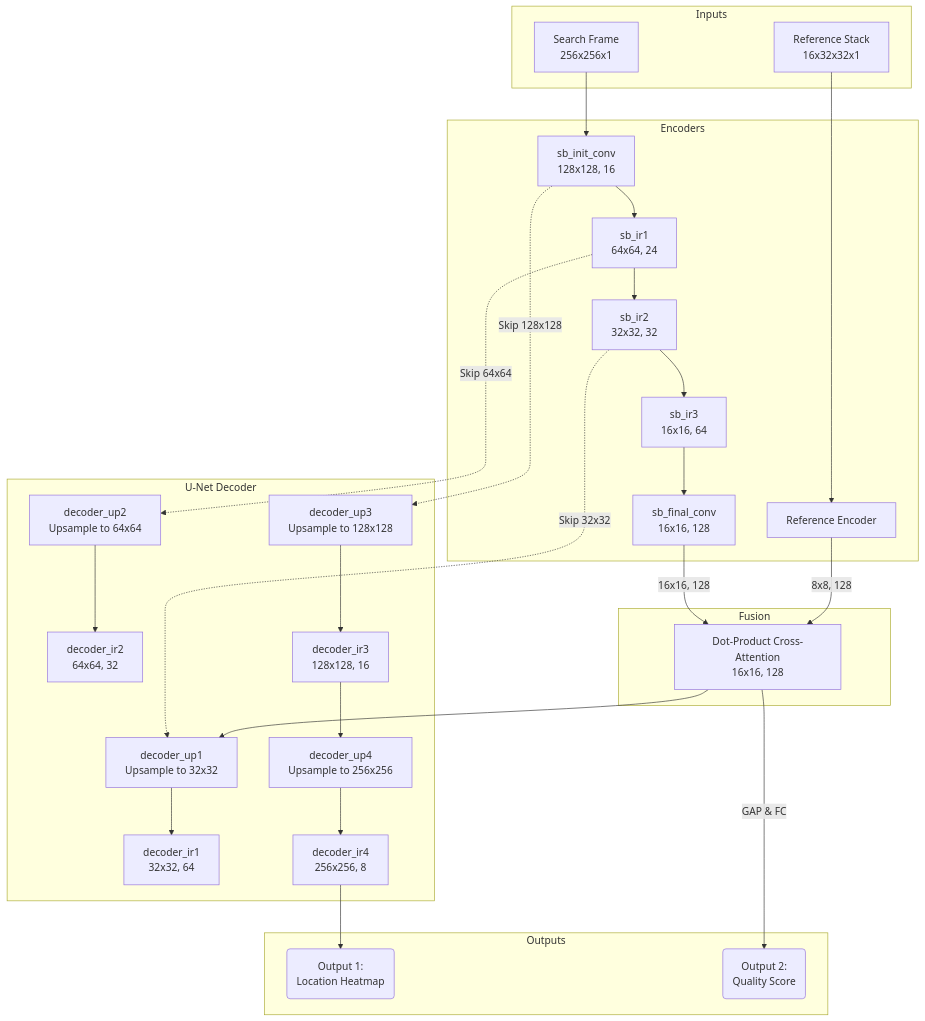
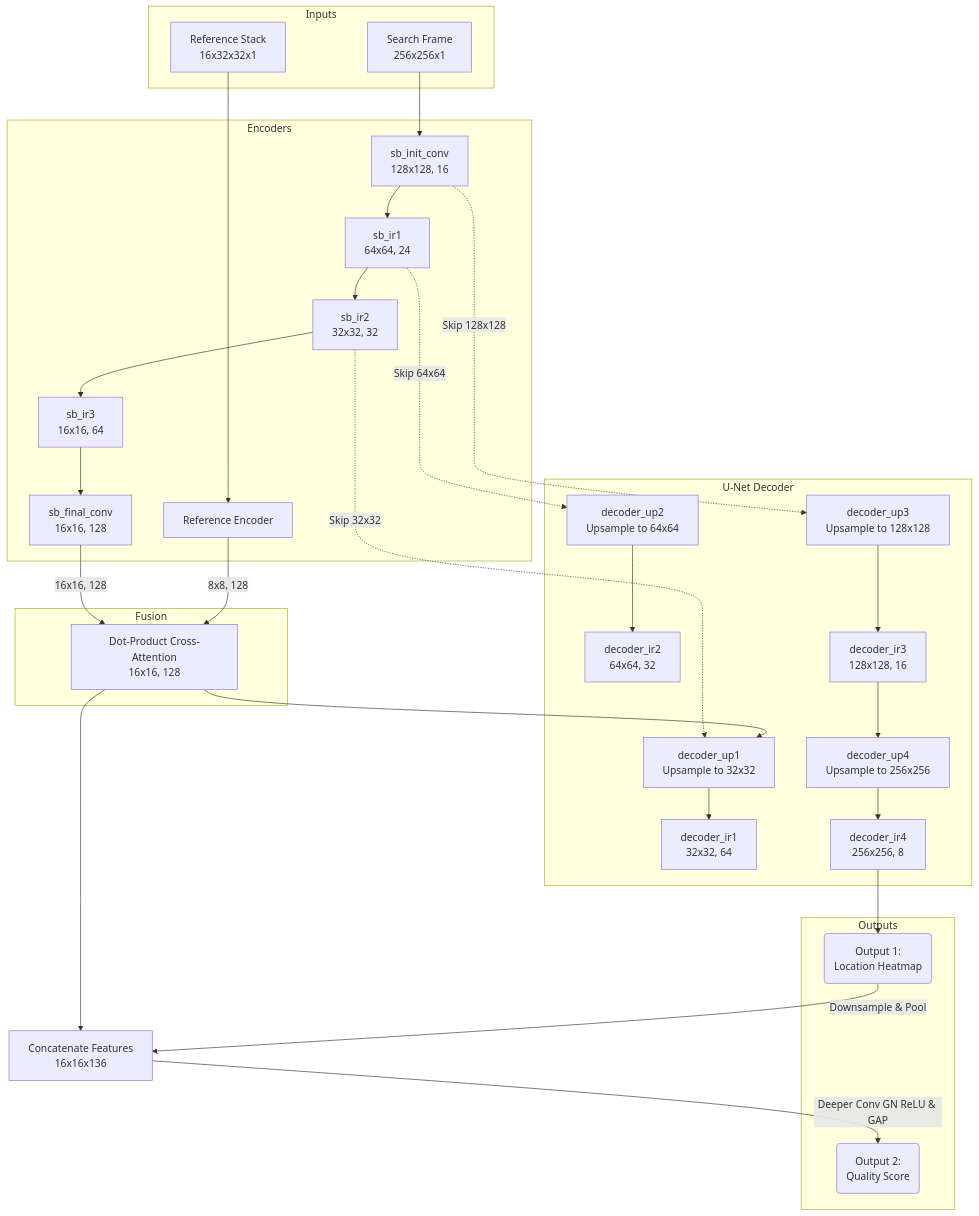
One commit to elazarkin82/smart_rahfan changed the diagram in training/tracker/tracker_ver4/README.md. Above: the diagram before and after it, drawn with Mermaid. The commit also changed other lines of this file and 4 other files, not shown here.

Commit message:
updated model trainig - new concept of negative dataset, new concept train heatmap and quality, updated graph for quality output

````diff
--- a/training/tracker/tracker_ver4/README.md
+++ b/training/tracker/tracker_ver4/README.md
@@ -35,67 +36,71 @@
 ```mermaid
 graph TD
     %% Inputs
     subgraph Inputs
         Ref[Reference Stack<br/>16x32x32x1]
         Search[Search Frame<br/>256x256x1]
     end
 
     %% Encoders
     subgraph Encoders
         RefEnc[Reference Encoder]
         SB_Init[sb_init_conv<br/>128x128, 16]
         SB_IR1[sb_ir1<br/>64x64, 24]
         SB_IR2[sb_ir2<br/>32x32, 32]
         SB_IR3[sb_ir3<br/>16x16, 64]
         SB_Final[sb_final_conv<br/>16x16, 128]
     end
 
     Ref --> RefEnc
     Search --> SB_Init
     SB_Init --> SB_IR1
     SB_IR1 --> SB_IR2
     SB_IR2 --> SB_IR3
     SB_IR3 --> SB_Final
 
     %% Attention
     subgraph Fusion
         Attn[Dot-Product Cross-Attention<br/>16x16, 128]
     end
     RefEnc -->|8x8, 128| Attn
     SB_Final -->|16x16, 128| Attn
 
     %% Decoder
     subgraph U-Net Decoder
         Dec_Up1[decoder_up1<br/>Upsample to 32x32]
         Dec_IR1[decoder_ir1<br/>32x32, 64]
         Dec_Up2[decoder_up2<br/>Upsample to 64x64]
         Dec_IR2[decoder_ir2<br/>64x64, 32]
         Dec_Up3[decoder_up3<br/>Upsample to 128x128]
         Dec_IR3[decoder_ir3<br/>128x128, 16]
         Dec_Up4[decoder_up4<br/>Upsample to 256x256]
         Dec_IR4[decoder_ir4<br/>256x256, 8]
     end
 
     Attn --> Dec_Up1
     
     %% Skip Connections
     SB_IR2 -.->|Skip 32x32| Dec_Up1
     Dec_Up1 --> Dec_IR1
     
     SB_IR1 -.->|Skip 64x64| Dec_Up2
     Dec_Up2 --> Dec_IR2
     
     SB_Init -.->|Skip 128x128| Dec_Up3
     Dec_Up3 --> Dec_IR3
     
     Dec_IR3 --> Dec_Up4
     Dec_Up4 --> Dec_IR4
 
     %% Outputs
     subgraph Outputs
         Out_HM(Output 1:<br/>Location Heatmap)
         Out_Q(Output 2:<br/>Quality Score)
     end
     Dec_IR4 --> Out_HM
-    Attn -->|GAP & FC| Out_Q
+    
+    %% Heatmap Guided Quality Connection
+    Out_HM -->|Downsample & Pool| Q_Fuse[Concatenate Features<br/>16x16x136]
+    Attn --> Q_Fuse
+    Q_Fuse -->|Deeper Conv GN ReLU & GAP| Out_Q
 ```
````
